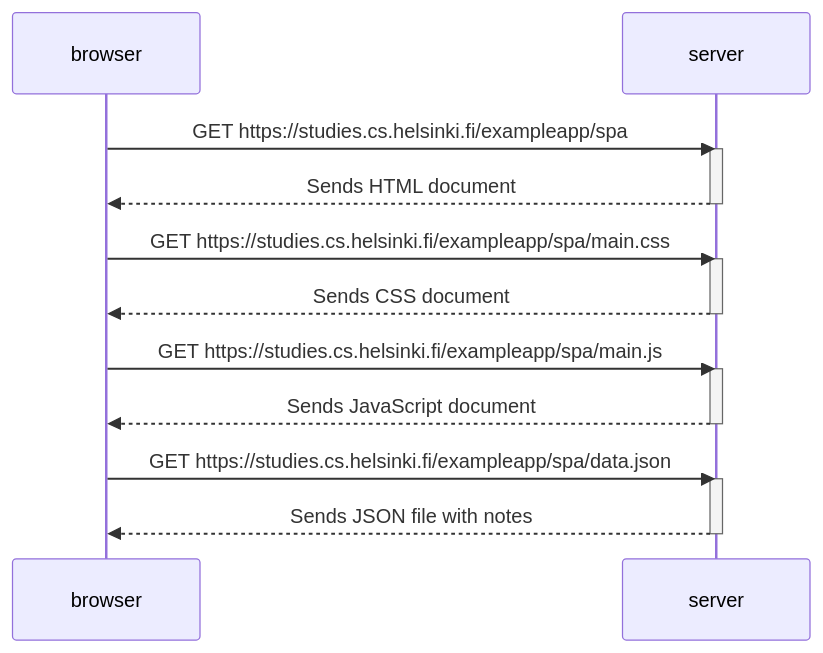
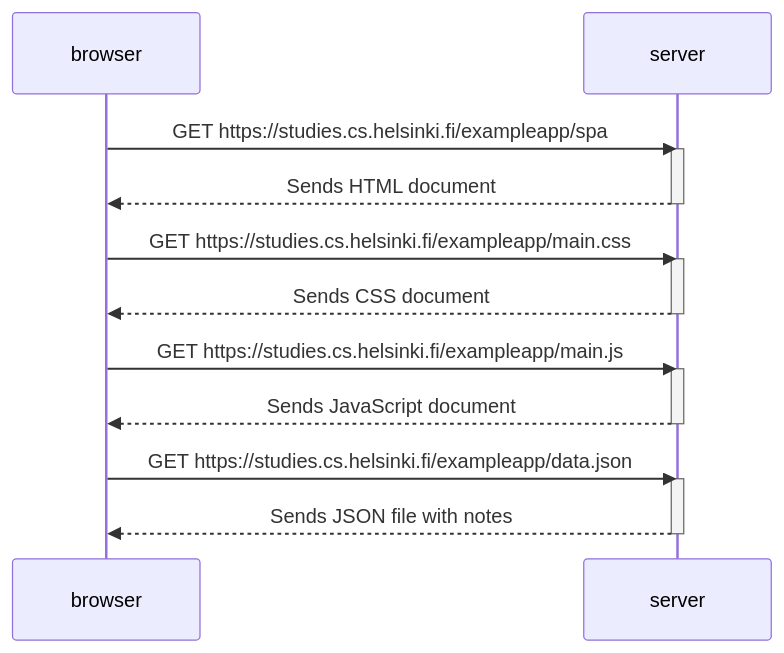
One commit to early-dew/FullStackOpen changed the diagram in Part0/0.5: Single page app diagram.md. Above: the diagram before and after it, drawn with Mermaid.

Commit message:
Update 0.5: Single page app diagram.md

````diff
--- a/Part0/0.5: Single page app diagram.md
+++ b/Part0/0.5: Single page app diagram.md
@@ -1,21 +1,21 @@
 ```mermaid
 sequenceDiagram
  participant browser
  participant server
  browser->>server: GET https://studies.cs.helsinki.fi/exampleapp/spa
  activate server
  server-->>browser: Sends HTML document
  deactivate server
- browser->>server: GET https://studies.cs.helsinki.fi/exampleapp/spa/main.css
+ browser->>server: GET https://studies.cs.helsinki.fi/exampleapp/main.css
  activate server
  server-->>browser: Sends CSS document
  deactivate server
- browser->>server: GET https://studies.cs.helsinki.fi/exampleapp/spa/main.js
+ browser->>server: GET https://studies.cs.helsinki.fi/exampleapp/main.js
  activate server
  server-->>browser: Sends JavaScript document
  deactivate server
- browser->>server: GET https://studies.cs.helsinki.fi/exampleapp/spa/data.json
+ browser->>server: GET https://studies.cs.helsinki.fi/exampleapp/data.json
  activate server
  server-->>browser: Sends JSON file with notes
  deactivate server
 ```
````
